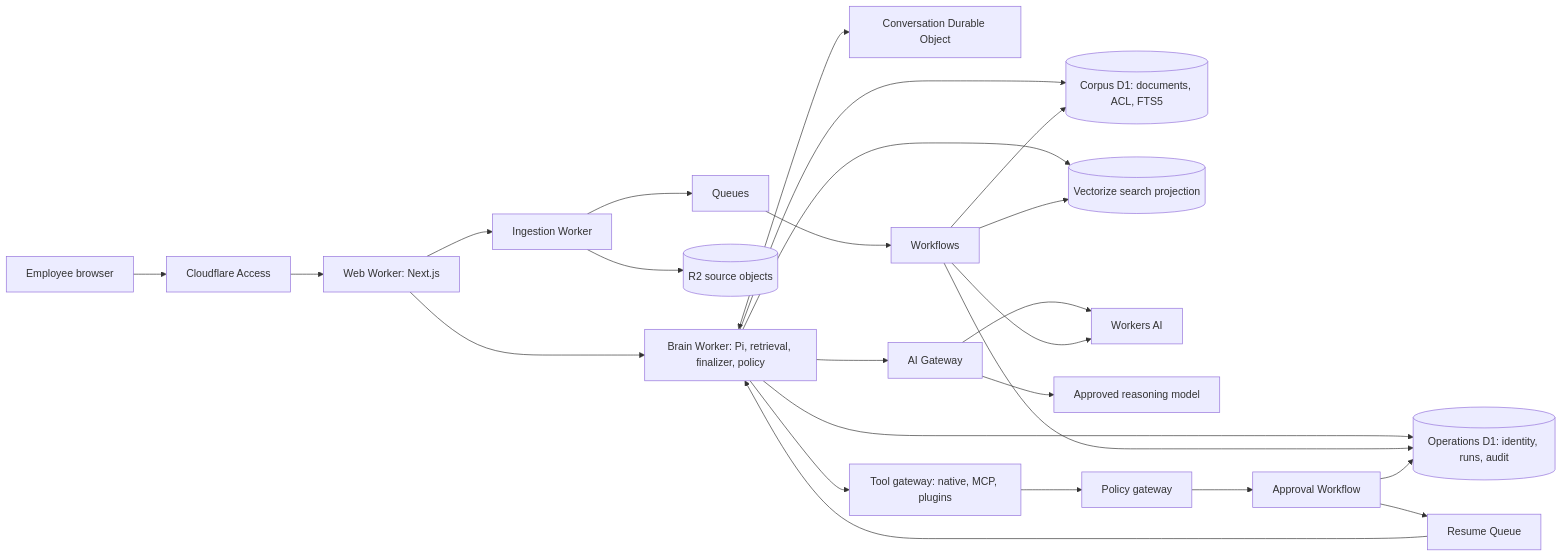
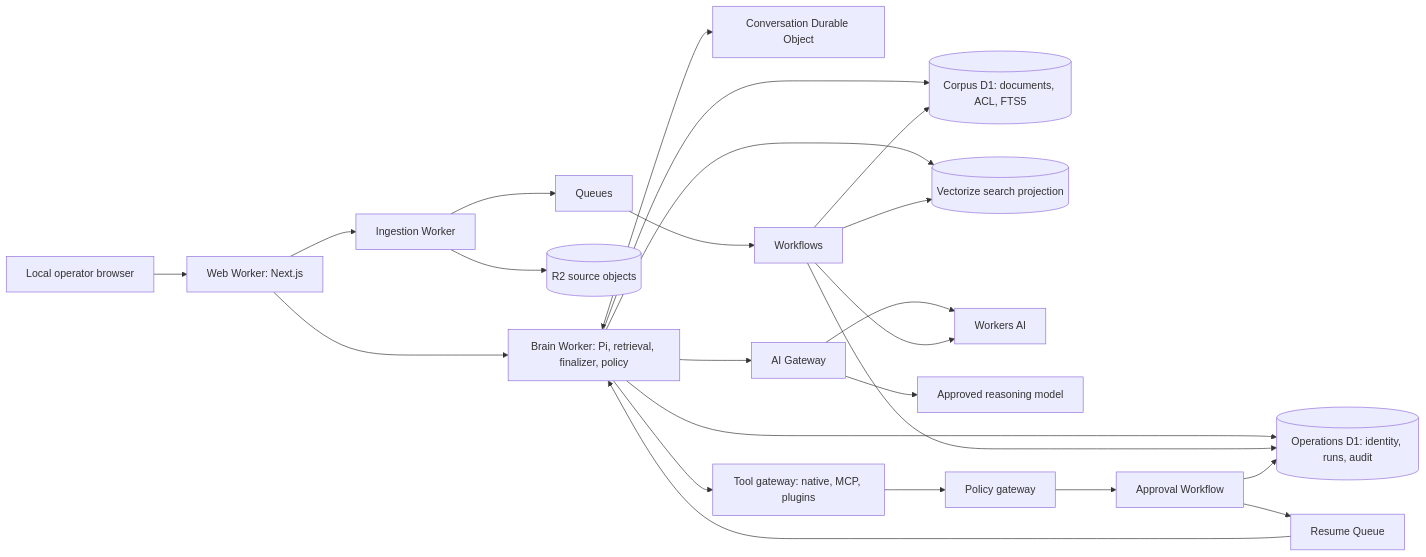
Before and after one commit to wasimjalali/useful-brain: the diagram in docs/useful-brain-master-plan.md, drawn with Mermaid. The commit also changed other lines of this file and 109 other files, not shown here.

````diff
--- a/docs/useful-brain-master-plan.md
+++ b/docs/useful-brain-master-plan.md
@@ -121,27 +121,26 @@
 ```mermaid
 flowchart LR
-    U[Employee browser] --> A[Cloudflare Access]
-    A --> W[Web Worker: Next.js]
+    U[Local operator browser] --> W[Web Worker: Next.js]
     W --> B[Brain Worker: Pi, retrieval, finalizer, policy]
     W --> I[Ingestion Worker]
     B <--> D[Conversation Durable Object]
     B --> CDB[(Corpus D1: documents, ACL, FTS5)]
     B --> ODB[(Operations D1: identity, runs, audit)]
     B --> V[(Vectorize search projection)]
     B --> G[AI Gateway]
     G --> WA[Workers AI]
     G --> M[Approved reasoning model]
     I --> R[(R2 source objects)]
     I --> Q[Queues]
     Q --> WF[Workflows]
     WF --> CDB
     WF --> ODB
     WF --> V
     WF --> WA
     B --> T[Tool gateway: native, MCP, plugins]
     T --> P[Policy gateway]
     P --> AP[Approval Workflow]
     AP --> ODB
     AP --> RQ[Resume Queue]
     RQ --> B
 ```
````
